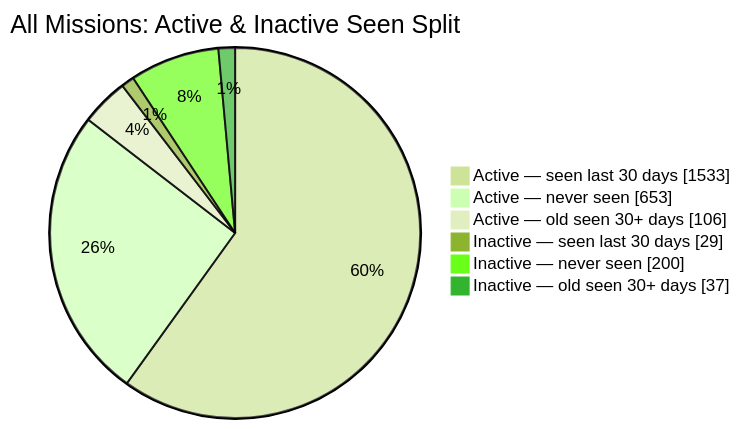
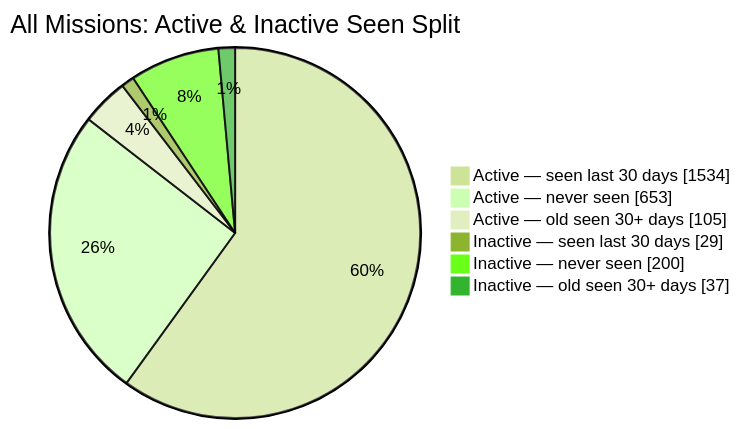
One commit to MeldkamerspelGameTeam/active-missions changed the second of 2 diagrams in README.md. Above: the diagram before and after it, drawn with Mermaid (forest theme). The commit also changed other lines of this file and 2 other files, not shown here.

````diff
--- a/README.md
+++ b/README.md
@@ -44,10 +44,10 @@
 ```mermaid
 pie showData
     title All Missions: Active & Inactive Seen Split
-    "Active — seen last 30 days" : 1533
+    "Active — seen last 30 days" : 1534
     "Active — never seen" : 653
-    "Active — old seen 30+ days" : 106
+    "Active — old seen 30+ days" : 105
     "Inactive — seen last 30 days" : 29
     "Inactive — never seen" : 200
     "Inactive — old seen 30+ days" : 37
 ```
````
